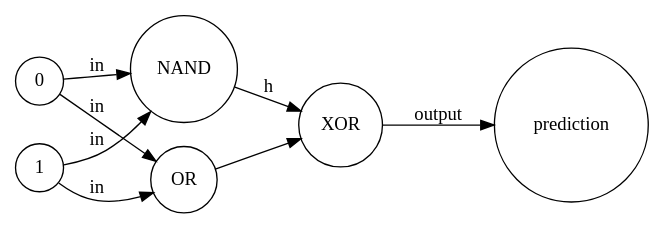
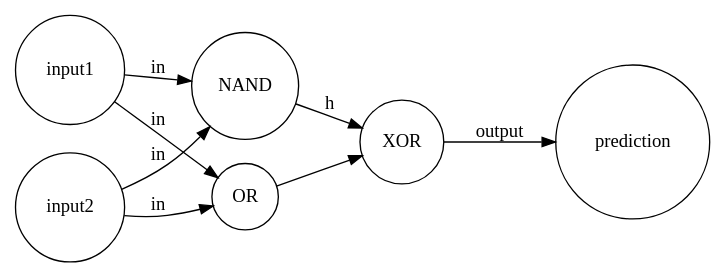
Before and after one commit to KajalRajesh/MakeAIWork2: the diagram in practica/07_ml_frameworks/XOR.dot, drawn with Graphviz.

Commit message:
XOR_ML.dot

```diff
--- a/practica/07_ml_frameworks/XOR.dot
+++ b/practica/07_ml_frameworks/XOR.dot
@@ -1,14 +1,14 @@
 digraph G {
 
     rankdir=LR
     node [ style =rounded, shape= circle]
 
-    0 -> NAND [label= in]
-    0 -> OR [label= in];
+    input1 -> NAND [label= in]
+    input1 -> OR [label= in];
 
-    1 -> NAND [label=in]
-    1 -> OR [label=in];
+    input2 -> NAND [label=in]
+    input2 -> OR [label=in];
     NAND -> XOR [label=h];
     OR -> XOR
     XOR -> prediction[label = output];
 }
```
